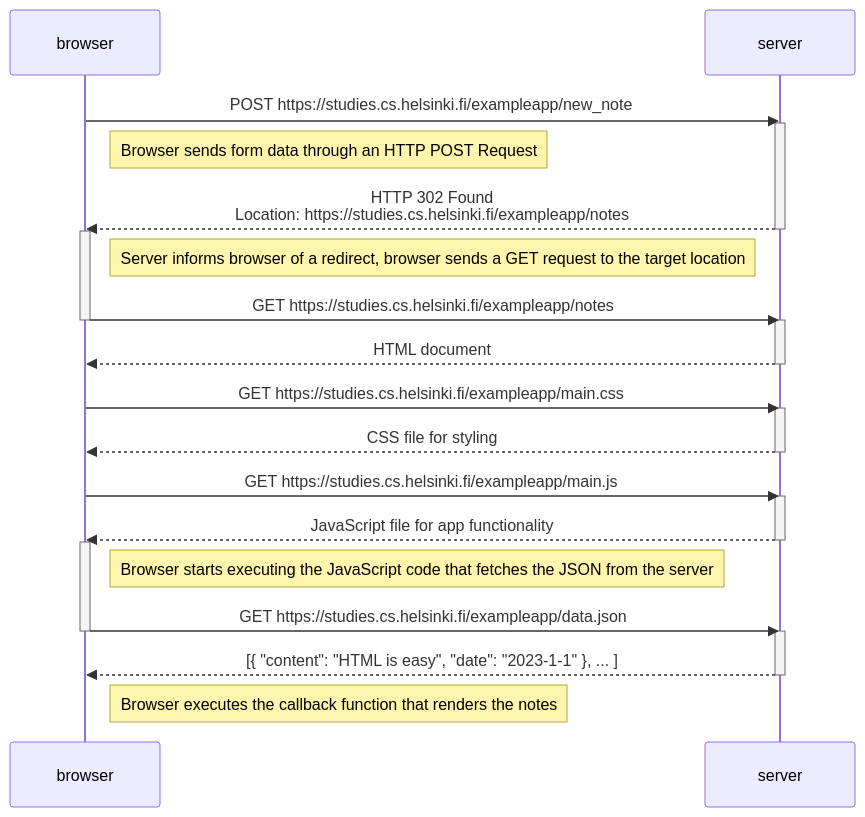
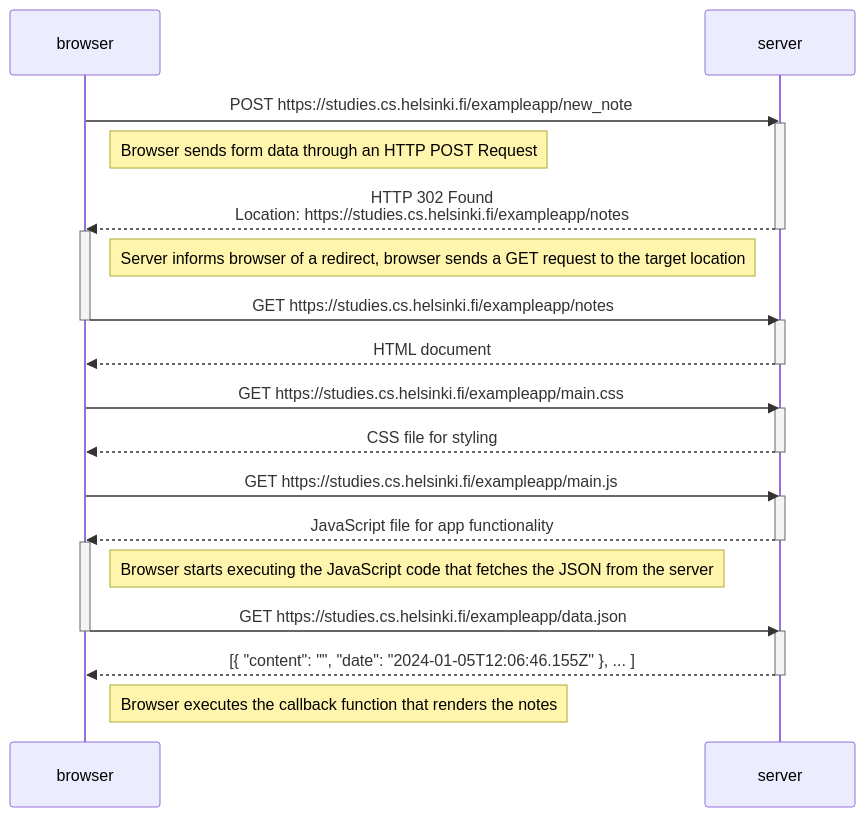
Before and after one commit to gnalbat/fso-submission: the diagram in part0/0.4/README.md, drawn with Mermaid. The commit also changed other lines of this file and 2 other files, not shown here.

Commit message:
Added rest of part0

````diff
--- a/part0/0.4/README.md
+++ b/part0/0.4/README.md
@@ -4,41 +4,41 @@
 ```mermaid
 sequenceDiagram
     participant browser
     participant server
 
     browser->>server: POST https://studies.cs.helsinki.fi/exampleapp/new_note
     activate server
     Note right of browser: Browser sends form data through an HTTP POST Request
     server-->>browser: HTTP 302 Found <br> Location: https://studies.cs.helsinki.fi/exampleapp/notes
     deactivate server
     
 
     activate browser
     Note left of server: Server informs browser of a redirect, browser sends a GET request to the target location
     browser->>server: GET https://studies.cs.helsinki.fi/exampleapp/notes
     deactivate browser
     activate server
     server-->>browser: HTML document
     deactivate server
 
     browser->>server: GET https://studies.cs.helsinki.fi/exampleapp/main.css
     activate server
     server-->>browser: CSS file for styling
     deactivate server
 
     browser->>server: GET https://studies.cs.helsinki.fi/exampleapp/main.js
     activate server
     server-->>browser: JavaScript file for app functionality
     deactivate server
     activate browser
     Note right of browser: Browser starts executing the JavaScript code that fetches the JSON from the server
 
     
     browser->>server: GET https://studies.cs.helsinki.fi/exampleapp/data.json
     deactivate browser
     activate server
-    server-->>browser: [{ "content": "HTML is easy", "date": "2023-1-1" }, ... ]
+    server-->>browser: [{ "content": "", "date": "2024-01-05T12:06:46.155Z" }, ... ]
     deactivate server
 
     Note right of browser: Browser executes the callback function that renders the notes
 ```
````
